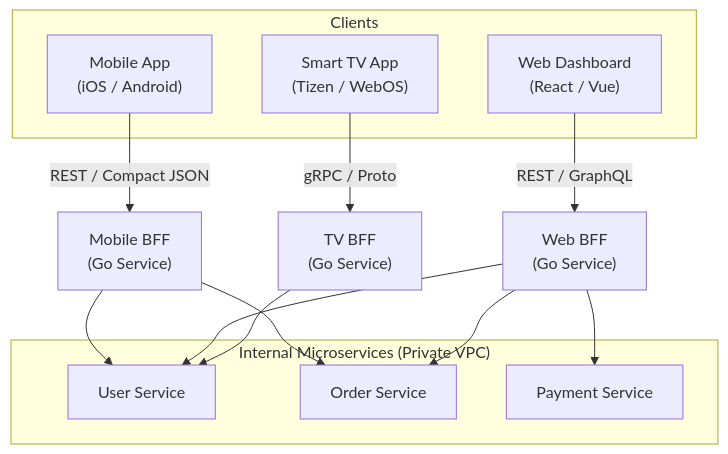
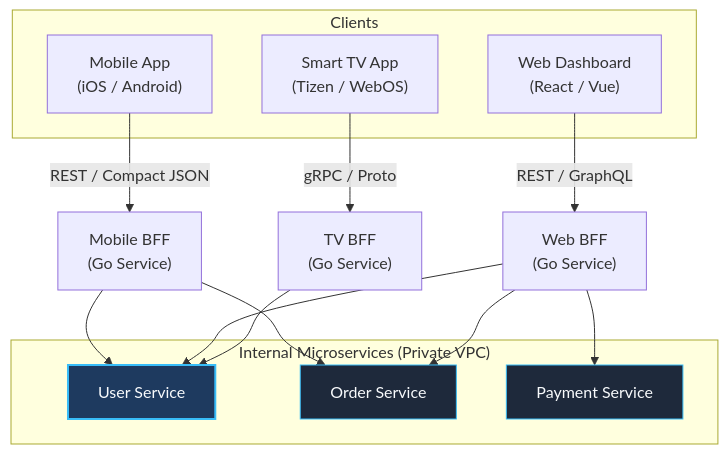
Before and after one commit to UnrealTemplier/go-textbook: the diagram in sources/14. Распределенные системы на Go/09. Паттерны/5. BFF.md, drawn with Mermaid. The commit also changed 1666 other files, not shown here.

First line of the commit message:
feat(mermaid): add semantic color classDef to 1369 colorless flowchart/graph diagrams

````diff
--- a/sources/14. Распределенные системы на Go/09. Паттерны/5. BFF.md
+++ b/sources/14. Распределенные системы на Go/09. Паттерны/5. BFF.md
@@ -48,27 +48,37 @@
 ```mermaid
 flowchart TD
+    classDef process  fill:#1e293b,stroke:#38bdf8,stroke-width:1px,color:#f8fafc
+    classDef success  fill:#064e3b,stroke:#34d399,stroke-width:1px,color:#f8fafc
+    classDef error    fill:#7f1d1d,stroke:#f87171,stroke-width:1px,color:#f8fafc
+    classDef warning  fill:#78350f,stroke:#fbbf24,stroke-width:1px,color:#f8fafc
+    classDef entry    fill:#1e3a5f,stroke:#38bdf8,stroke-width:2px,color:#f8fafc
+    classDef aux      fill:#334155,stroke:#64748b,stroke-width:1px,color:#f8fafc
+    classDef system   fill:#312e81,stroke:#a78bfa,stroke-width:1px,color:#f8fafc
+    classDef data     fill:#132d29,stroke:#2dd4bf,stroke-width:1px,color:#f8fafc
+    classDef network  fill:#881337,stroke:#fb7185,stroke-width:1px,color:#f8fafc
+    classDef accent   fill:#1e1b4b,stroke:#818cf8,stroke-width:1px,color:#f8fafc
     subgraph "Clients"
         Mobile["Mobile App<br>(iOS / Android)"]
         Web["Web Dashboard<br>(React / Vue)"]
         SmartTV["Smart TV App<br>(Tizen / WebOS)"]
     end
 
     Mobile -->|"REST / Compact JSON"| MBFF["Mobile BFF<br>(Go Service)"]
     Web -->|"REST / GraphQL"| WBFF["Web BFF<br>(Go Service)"]
     SmartTV -->|"gRPC / Proto"| TVBFF["TV BFF<br>(Go Service)"]
 
     subgraph "Internal Microservices (Private VPC)"
-        US["User Service"]
-        OS["Order Service"]
-        PS["Payment Service"]
+        US["User Service"]:::entry
+        OS["Order Service"]:::process
+        PS["Payment Service"]:::process
     end
 
     MBFF --> US
     MBFF --> OS
     
     WBFF --> US
     WBFF --> OS
     WBFF --> PS
 
     TVBFF --> US
 ```
````
